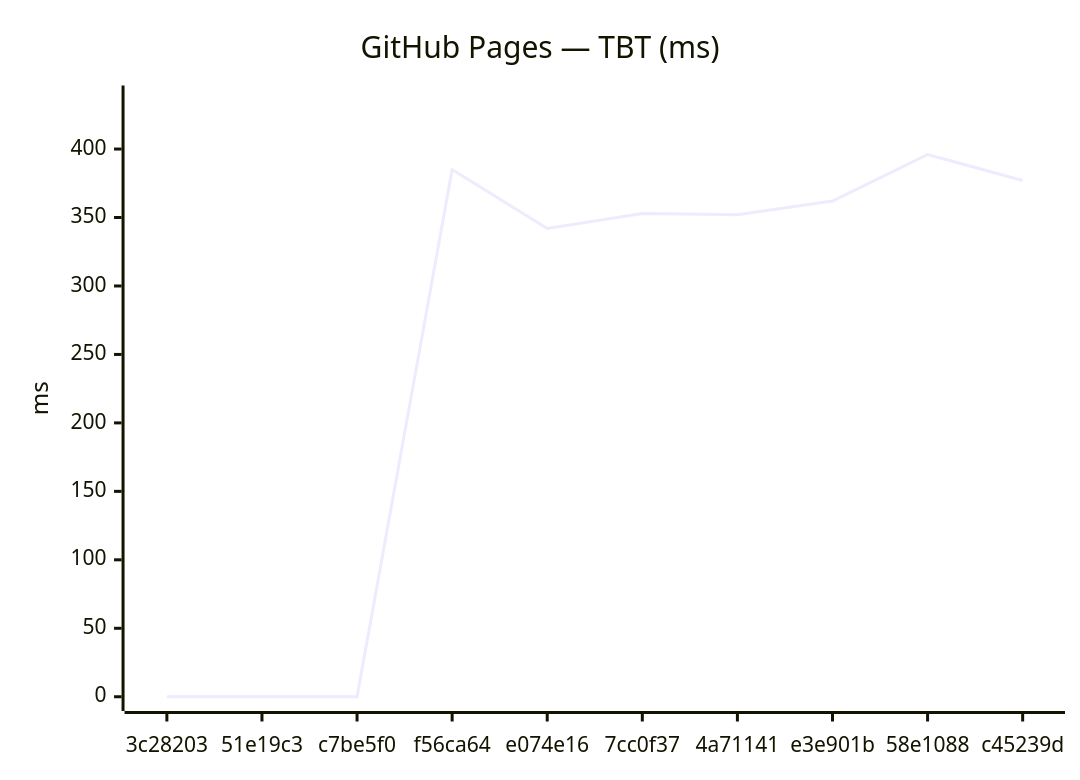
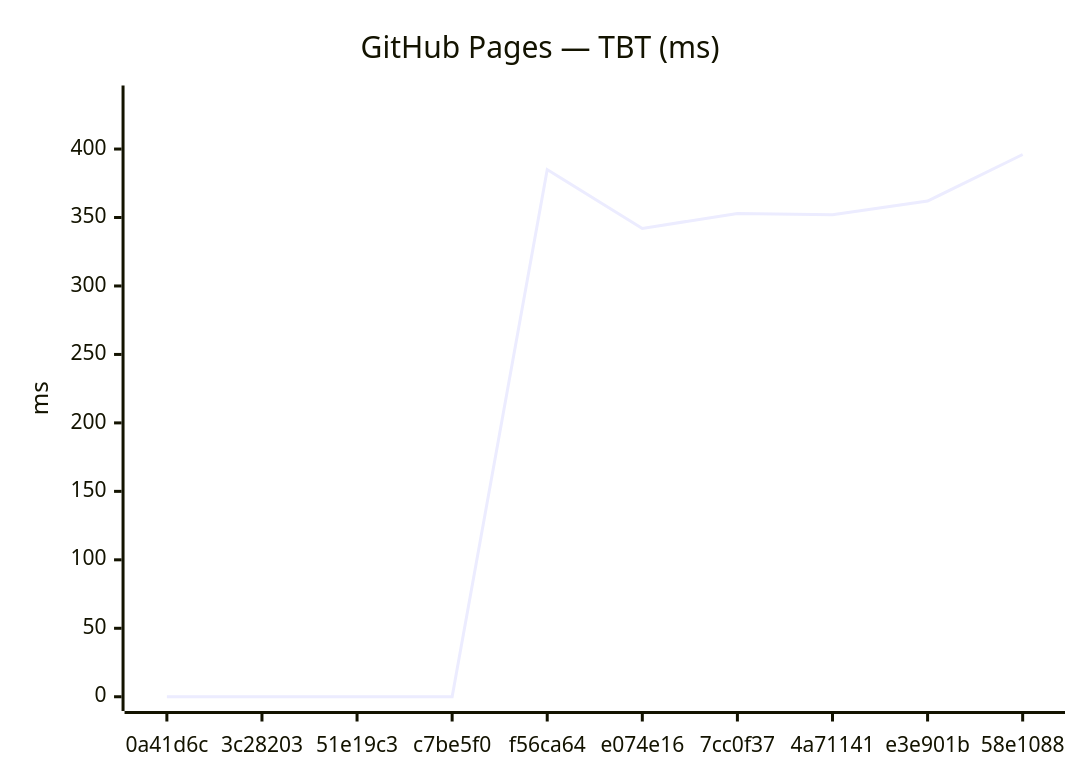
One commit to Metaheurist/Rianell changed the fourth of 18 diagrams in benchmarks/compare.md. Above: the diagram before and after it, drawn with Mermaid. The commit also changed other lines of this file and 11 other files, not shown here.

````diff
--- a/benchmarks/compare.md
+++ b/benchmarks/compare.md
@@ -61,7 +61,7 @@
 ```mermaid
 xychart-beta
     title "GitHub Pages — TBT (ms)"
-    x-axis ["3c28203", "51e19c3", "c7be5f0", "f56ca64", "e074e16", "7cc0f37", "4a71141", "e3e901b", "58e1088", "c45239d"]
+    x-axis ["0a41d6c", "3c28203", "51e19c3", "c7be5f0", "f56ca64", "e074e16", "7cc0f37", "4a71141", "e3e901b", "58e1088"]
     y-axis "ms" 0 --> 436
-    line [0, 0, 0, 385, 342, 353, 352, 362, 396, 377]
+    line [0, 0, 0, 0, 385, 342, 353, 352, 362, 396]
 ```
````
